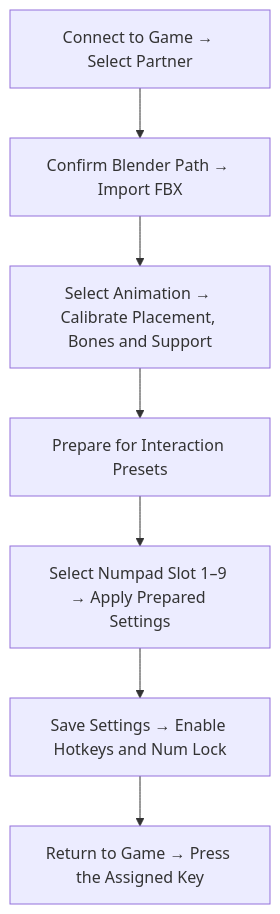
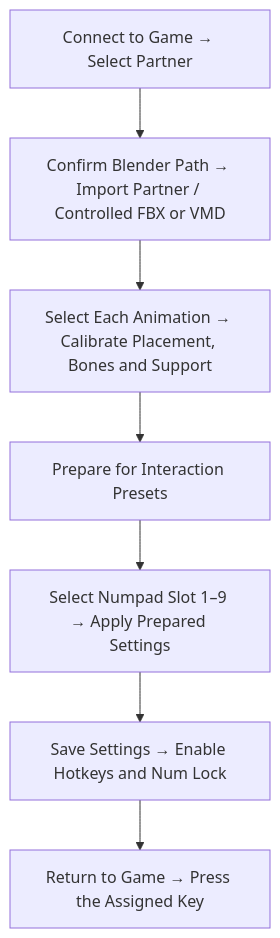
The diagram in README.en.md (kevindaze/EndfieldAnimationImporter), drawn with Mermaid before and after one commit. The commit also changed other lines of this file and 169 other files, not shown here.

Commit message:
VMD import support/Endmin animation import support

````diff
--- a/README.en.md
+++ b/README.en.md
@@ -45,9 +45,9 @@
 ```mermaid
 flowchart TD
-    A[Connect to Game → Select Partner] --> B[Confirm Blender Path → Import FBX]
-    B --> C[Select Animation → Calibrate Placement, Bones and Support]
+    A[Connect to Game → Select Partner] --> B[Confirm Blender Path → Import Partner / Controlled FBX or VMD]
+    B --> C[Select Each Animation → Calibrate Placement, Bones and Support]
     C --> D[Prepare for Interaction Presets]
     D --> E[Select Numpad Slot 1–9 → Apply Prepared Settings]
     E --> F[Save Settings → Enable Hotkeys and Num Lock]
     F --> G[Return to Game → Press the Assigned Key]
 ```
````
